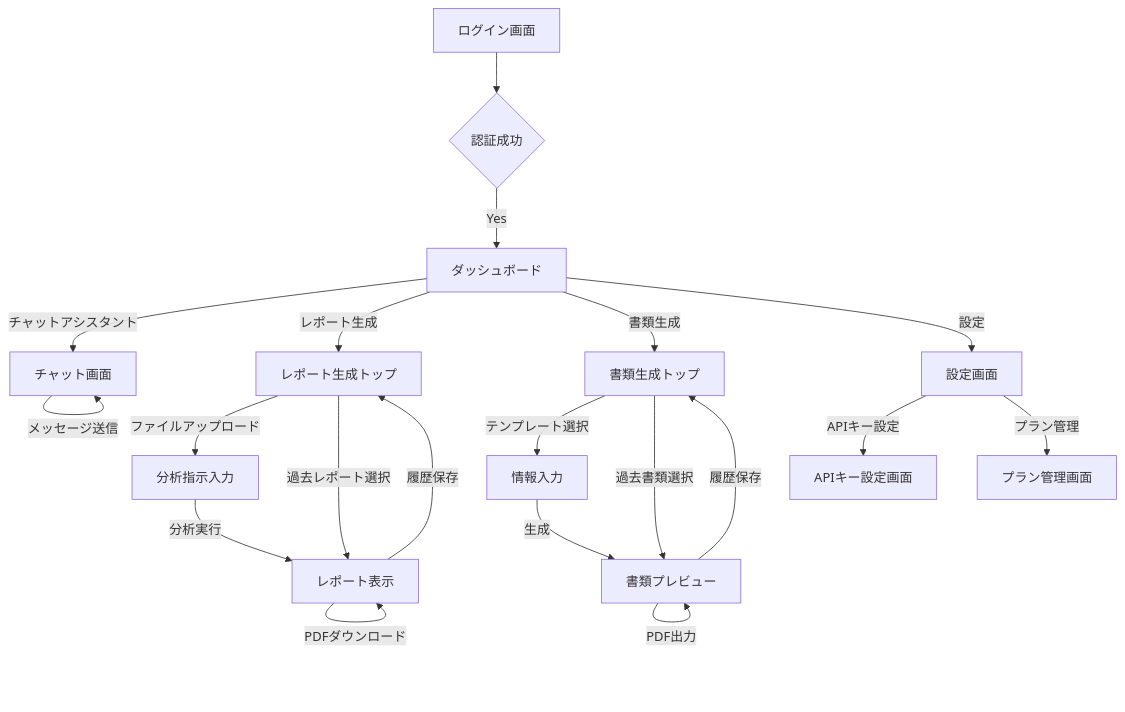
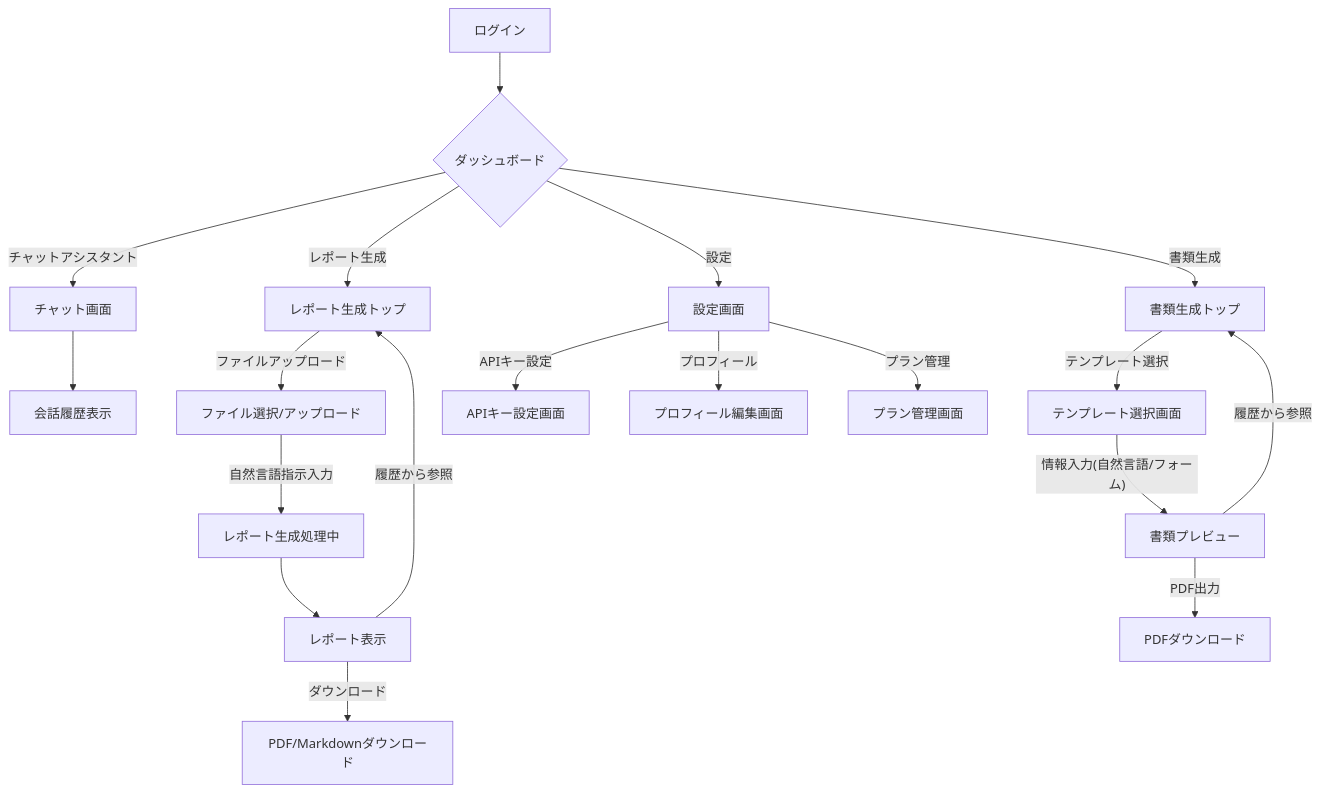
Before and after one commit to mokaland/toppa-inc: the diagram in docs/tsumikiri/mvp-spec.md, drawn with Mermaid. The commit also changed other lines of this file, not shown here.

````diff
--- a/docs/tsumikiri/mvp-spec.md
+++ b/docs/tsumikiri/mvp-spec.md
@@ -142,22 +125,25 @@
 ```mermaid
 graph TD
-    A[ログイン画面] --> B{認証成功};
-    B -- Yes --> C[ダッシュボード];
-    C -- チャットアシスタント --> D[チャット画面];
-    D -- メッセージ送信 --> D;
-    C -- レポート生成 --> E[レポート生成トップ];
-    E -- ファイルアップロード --> F[分析指示入力];
-    F -- 分析実行 --> G[レポート表示];
-    G -- PDFダウンロード --> G;
-    G -- 履歴保存 --> E;
-    E -- 過去レポート選択 --> G;
-    C -- 書類生成 --> H[書類生成トップ];
-    H -- テンプレート選択 --> I[情報入力];
-    I -- 生成 --> J[書類プレビュー];
-    J -- PDF出力 --> J;
-    J -- 履歴保存 --> H;
-    H -- 過去書類選択 --> J;
-    C -- 設定 --> K[設定画面];
-    K -- APIキー設定 --> L[APIキー設定画面];
-    K -- プラン管理 --> M[プラン管理画面];
+    A[ログイン] --> B{ダッシュボード}
+
+    B -- チャットアシスタント --> C[チャット画面]
+    C --> D[会話履歴表示]
+
+    B -- レポート生成 --> E[レポート生成トップ]
+    E -- ファイルアップロード --> F[ファイル選択/アップロード]
+    F -- 自然言語指示入力 --> G[レポート生成処理中]
+    G --> H[レポート表示]
+    H -- ダウンロード --> I[PDF/Markdownダウンロード]
+    H -- 履歴から参照 --> E
+
+    B -- 書類生成 --> J[書類生成トップ]
+    J -- テンプレート選択 --> K[テンプレート選択画面]
+    K -- 情報入力(自然言語/フォーム) --> L[書類プレビュー]
+    L -- PDF出力 --> M[PDFダウンロード]
+    L -- 履歴から参照 --> J
+
+    B -- 設定 --> N[設定画面]
+    N -- APIキー設定 --> O[APIキー設定画面]
+    N -- プロフィール --> P[プロフィール編集画面]
+    N -- プラン管理 --> Q[プラン管理画面]
 ```
````
